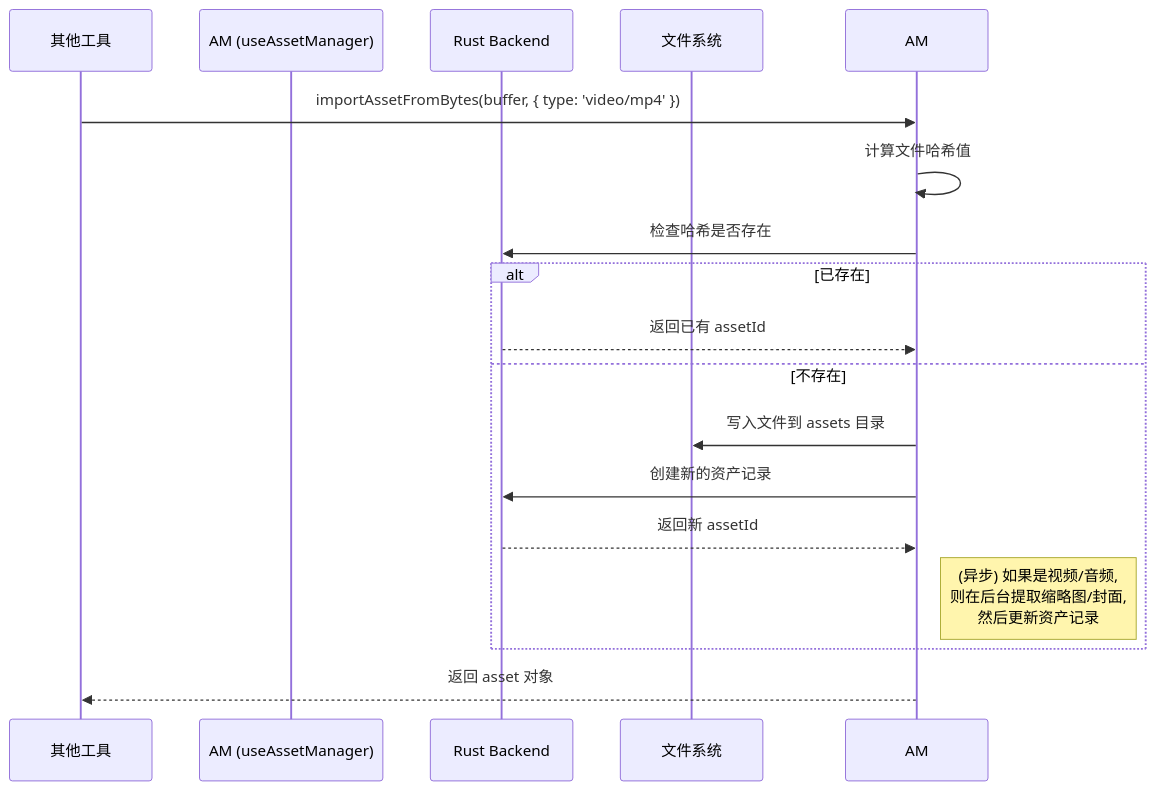
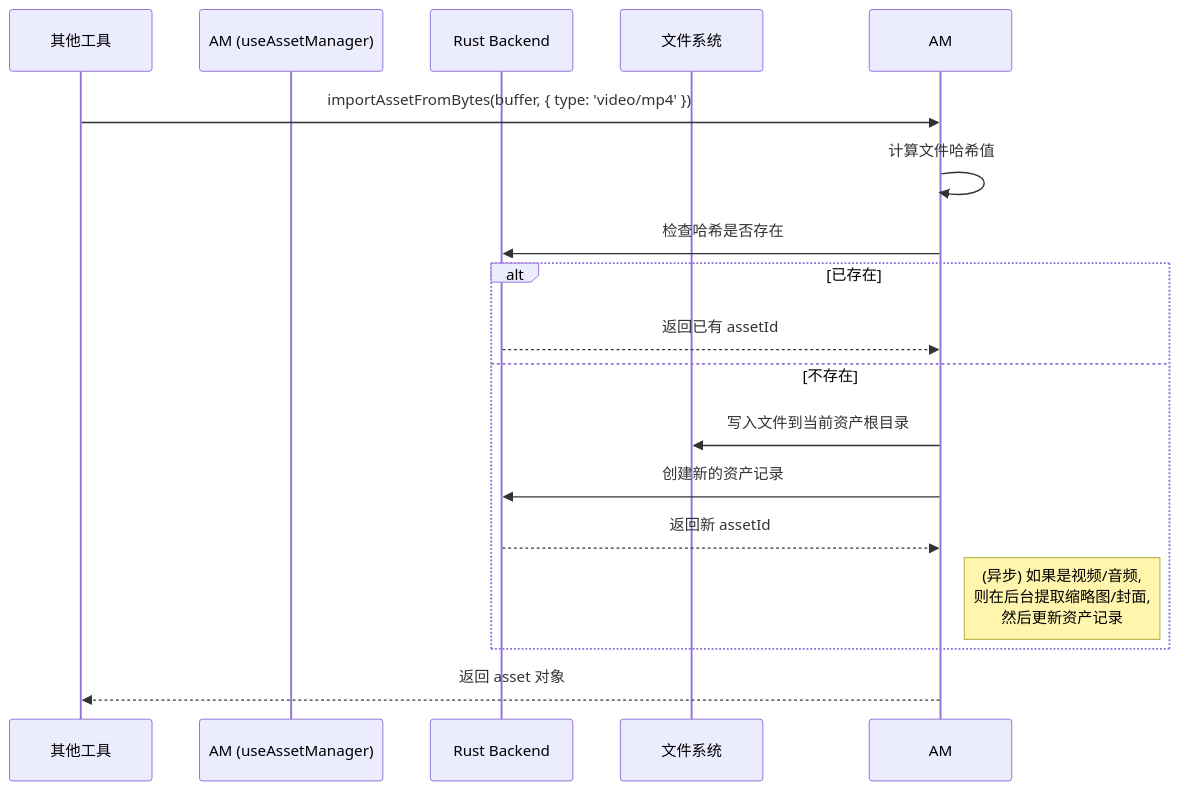
Before and after one commit to miaotouy/aio-hub: the diagram in src/tools/asset-manager/ARCHITECTURE.md, drawn with Mermaid. The commit also changed other lines of this file and 28 other files, not shown here.

````diff
--- a/src/tools/asset-manager/ARCHITECTURE.md
+++ b/src/tools/asset-manager/ARCHITECTURE.md
@@ -45,22 +66,22 @@
 ```mermaid
 sequenceDiagram
     participant Tool as 其他工具
     participant AM (useAssetManager)
     participant Rust as Rust Backend
     participant FS as 文件系统
 
     Tool->>AM: importAssetFromBytes(buffer, { type: 'video/mp4' })
     AM->>AM: 计算文件哈希值
     AM->>Rust: 检查哈希是否存在
 
     alt 已存在
         Rust-->>AM: 返回已有 assetId
     else 不存在
-        AM->>FS: 写入文件到 assets 目录
+        AM->>FS: 写入文件到当前资产根目录
         AM->>Rust: 创建新的资产记录
         Rust-->>AM: 返回新 assetId
         Note right of AM: (异步) 如果是视频/音频, <br>则在后台提取缩略图/封面, <br>然后更新资产记录
     end
 
     AM-->>Tool: 返回 asset 对象
 ```
````
